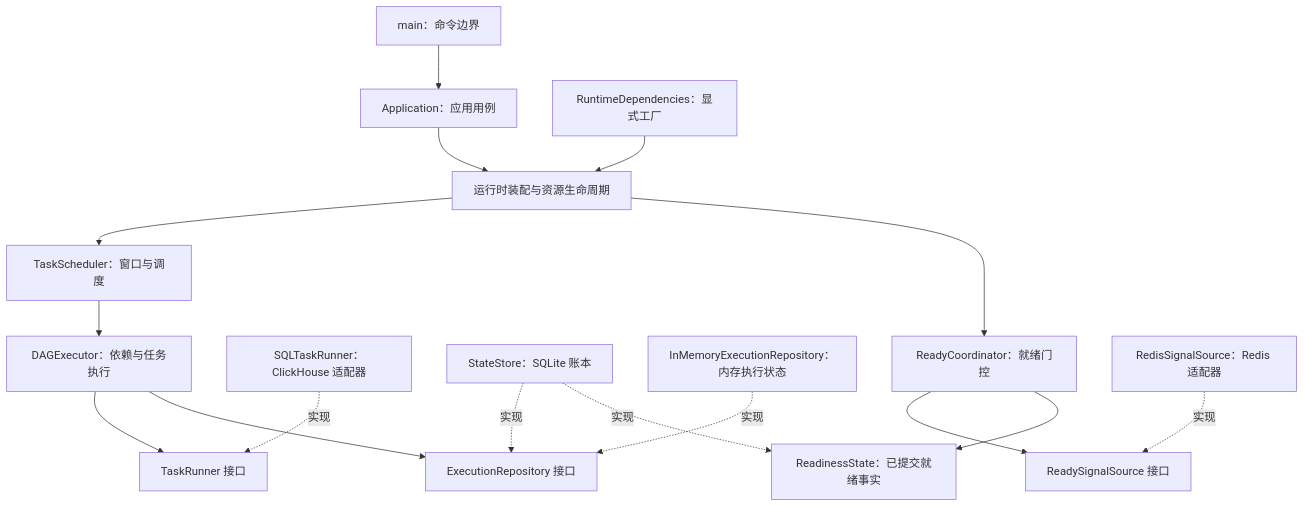
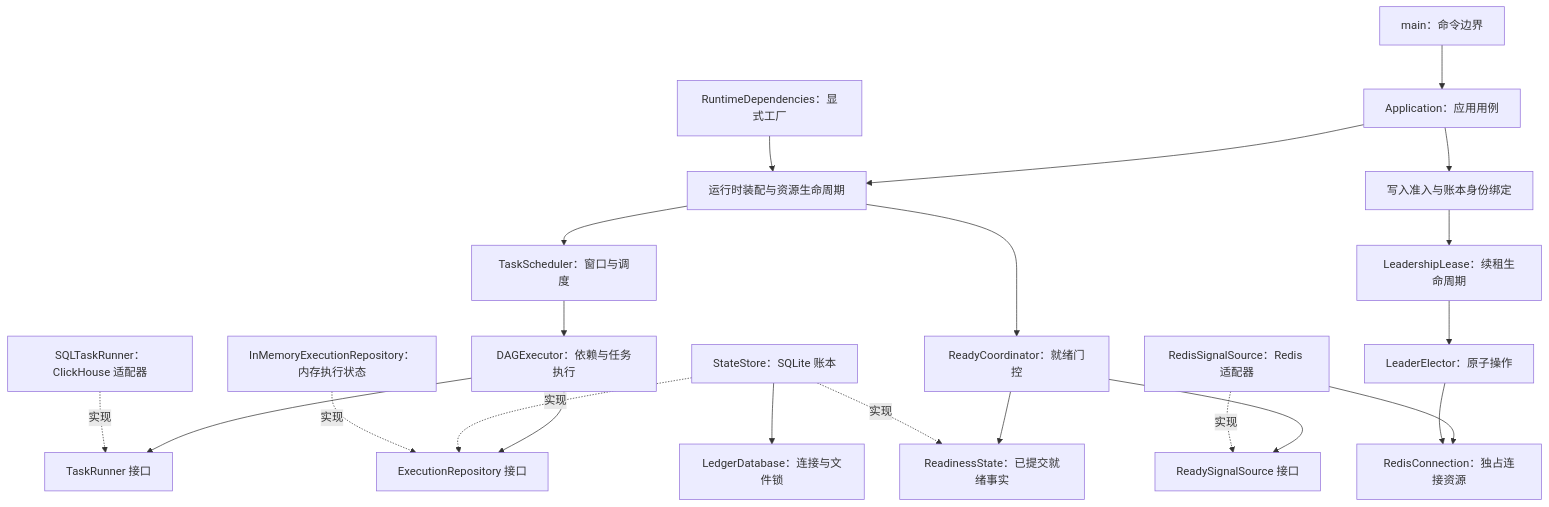
One commit to KANGJIA0123-PLUS/data-converge-lite changed the diagram in docs/architecture.md. Above: the diagram before and after it, drawn with Mermaid. The commit also changed other lines of this file and 33 other files, not shown here.

First line of the commit message:
refactor: separate Redis resources and durable ledger ownership

````diff
--- a/docs/architecture.md
+++ b/docs/architecture.md
@@ -7,18 +7,24 @@
 ```mermaid
 flowchart TD
     CLI[main：命令边界] --> APP[Application：应用用例]
     APP --> RT[运行时装配与资源生命周期]
+    APP --> OWN[写入准入与账本身份绑定]
+    OWN --> LEASE[LeadershipLease：续租生命周期]
     DEP[RuntimeDependencies：显式工厂] --> RT
     RT --> SCHED[TaskScheduler：窗口与调度]
     SCHED --> DAG[DAGExecutor：依赖与任务执行]
     DAG --> RUN[TaskRunner 接口]
     DAG --> REPO[ExecutionRepository 接口]
     SQL[SQLTaskRunner：ClickHouse 适配器] -.实现.-> RUN
     SQLITE[StateStore：SQLite 账本] -.实现.-> REPO
     MEM[InMemoryExecutionRepository：内存执行状态] -.实现.-> REPO
     RT --> READY[ReadyCoordinator：就绪门控]
     READY --> SOURCE[ReadySignalSource 接口]
     REDIS[RedisSignalSource：Redis 适配器] -.实现.-> SOURCE
+    REDIS --> CONN[RedisConnection：独占连接资源]
+    LEASE --> ELECT[LeaderElector：原子操作]
+    ELECT --> CONN
     READY --> FACTS[ReadinessState：已提交就绪事实]
     SQLITE -.实现.-> FACTS
+    SQLITE --> DB[LedgerDatabase：连接与文件锁]
 ```
````
